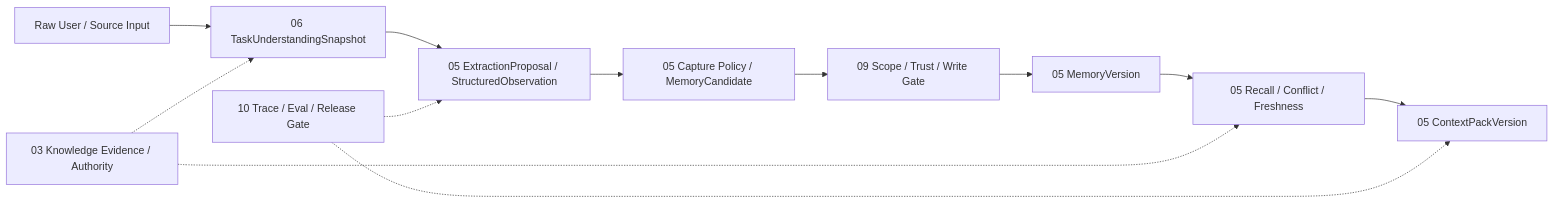
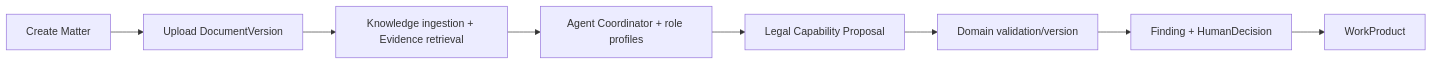
One commit to ProfessorZhi/Zuno changed the second of 14 diagrams in docs/project/architecture/architecture-views.md. Above: the diagram before and after it, drawn with Mermaid. The commit also changed other lines of this file and 99 other files, not shown here.

Commit message:
docs: reframe architecture around Python microservices

````diff
--- a/docs/project/architecture/architecture-views.md
+++ b/docs/project/architecture/architecture-views.md
@@ -62,14 +26,10 @@
 ```mermaid
 flowchart LR
-  INPUT[Raw User / Source Input] --> U[06 TaskUnderstandingSnapshot]
-  U --> X[05 ExtractionProposal / StructuredObservation]
-  X --> C[05 Capture Policy / MemoryCandidate]
-  C --> S[09 Scope / Trust / Write Gate]
-  S --> V[05 MemoryVersion]
-  V --> R[05 Recall / Conflict / Freshness]
-  R --> P[05 ContextPackVersion]
-  K[03 Knowledge Evidence / Authority] -.-> U
-  K -.-> R
-  O[10 Trace / Eval / Release Gate] -.-> X
-  O -.-> P
+  M[Create Matter] --> D[Upload DocumentVersion]
+  D --> K[Knowledge ingestion + Evidence retrieval]
+  K --> A[Agent Coordinator + role profiles]
+  A --> P[Legal Capability Proposal]
+  P --> V[Domain validation/version]
+  V --> F[Finding + HumanDecision]
+  F --> W[WorkProduct]
 ```
````
